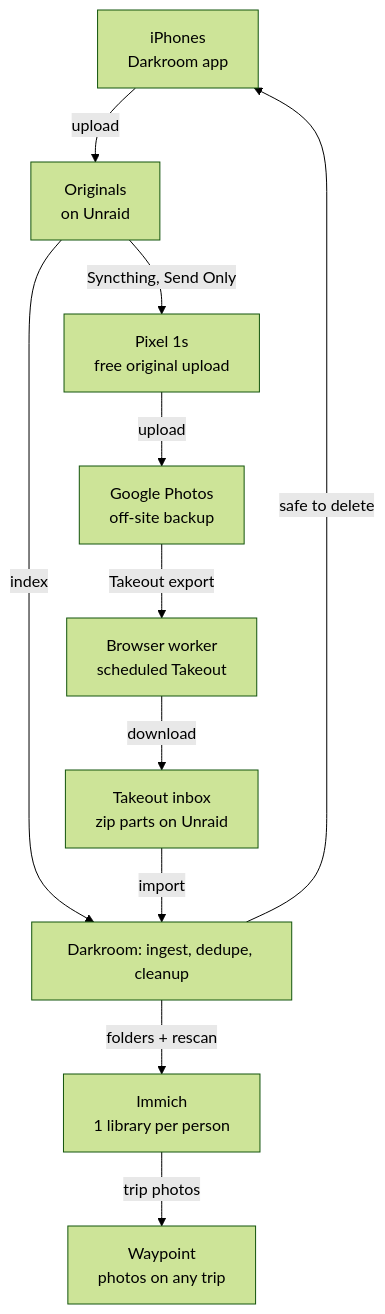
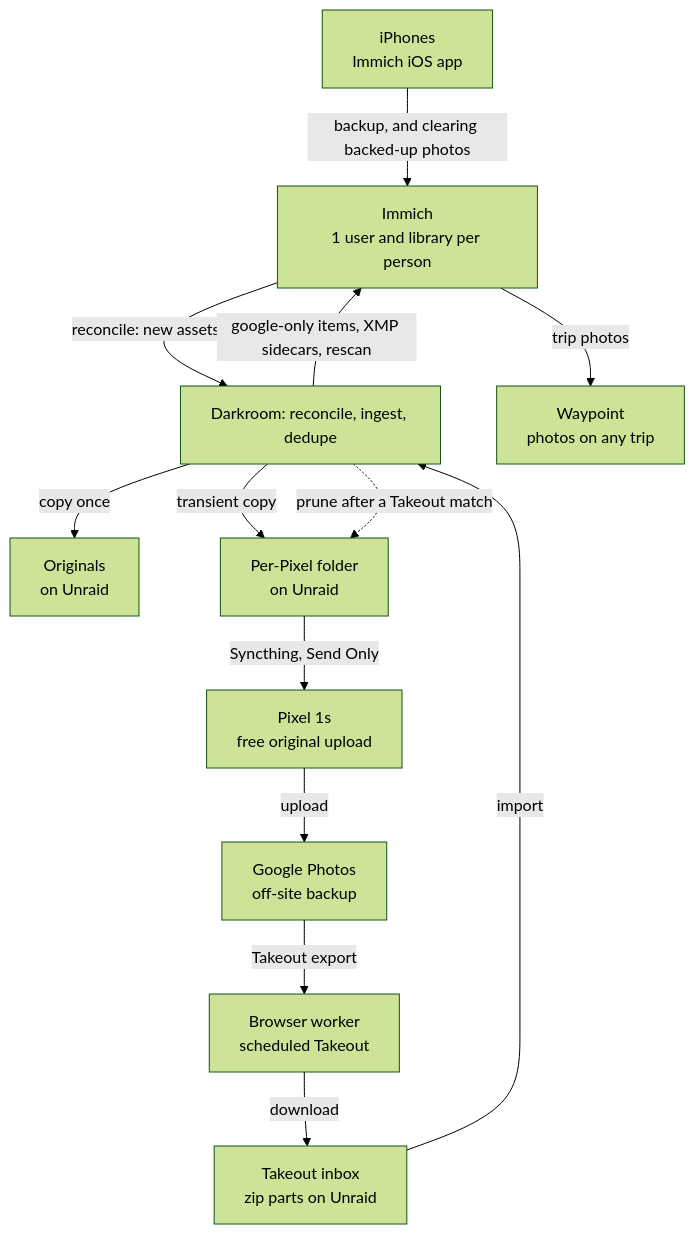
Before and after one commit to AnthonyPluth/Darkroom: the diagram in docs/SPEC.md, drawn with Mermaid (forest theme). The commit also changed other lines of this file and 4 other files, not shown here.

````diff
--- a/docs/SPEC.md
+++ b/docs/SPEC.md
@@ -43,13 +44,15 @@
 ```mermaid
 flowchart TD
-  iphone["iPhones<br/>Darkroom app"] -->|upload| orig["Originals<br/>on Unraid"]
-  orig -->|Syncthing, Send Only| pixel["Pixel 1s<br/>free original upload"]
+  iphone["iPhones<br/>Immich iOS app"] -->|backup, and clearing backed-up photos| immich["Immich<br/>1 user and library per person"]
+  immich -->|reconcile: new assets| darkroom["Darkroom: reconcile, ingest, dedupe"]
+  darkroom -->|copy once| orig["Originals<br/>on Unraid"]
+  darkroom -->|transient copy| outbox["Per-Pixel folder<br/>on Unraid"]
+  outbox -->|Syncthing, Send Only| pixel["Pixel 1s<br/>free original upload"]
   pixel -->|upload| gphotos["Google Photos<br/>off-site backup"]
+  darkroom -.->|prune after a Takeout match| outbox
   gphotos -->|Takeout export| worker["Browser worker<br/>scheduled Takeout"]
   worker -->|download| inbox["Takeout inbox<br/>zip parts on Unraid"]
-  orig -->|index| darkroom["Darkroom: ingest, dedupe, cleanup"]
   inbox -->|import| darkroom
-  darkroom -->|safe to delete| iphone
-  darkroom -->|folders + rescan| immich["Immich<br/>1 library per person"]
+  darkroom -->|google-only items, XMP sidecars, rescan| immich
   immich -->|trip photos| waypoint["Waypoint<br/>photos on any trip"]
 ```
````
